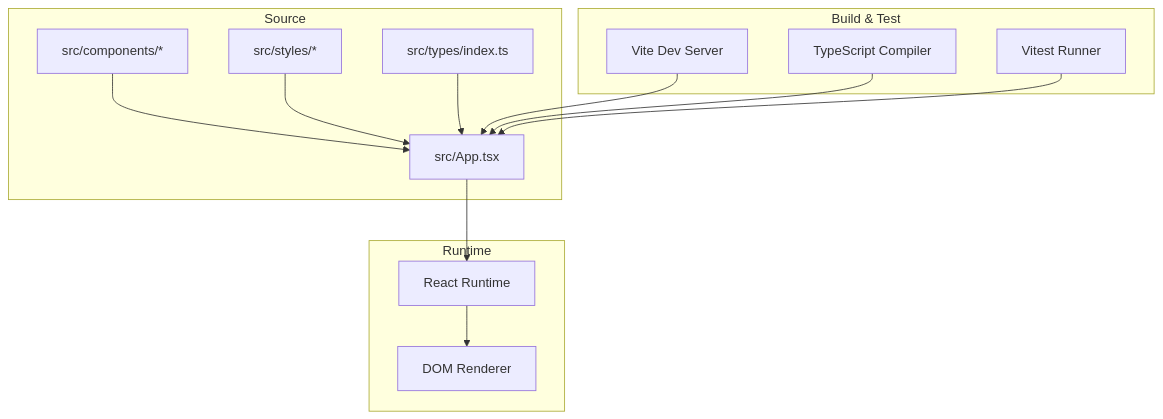
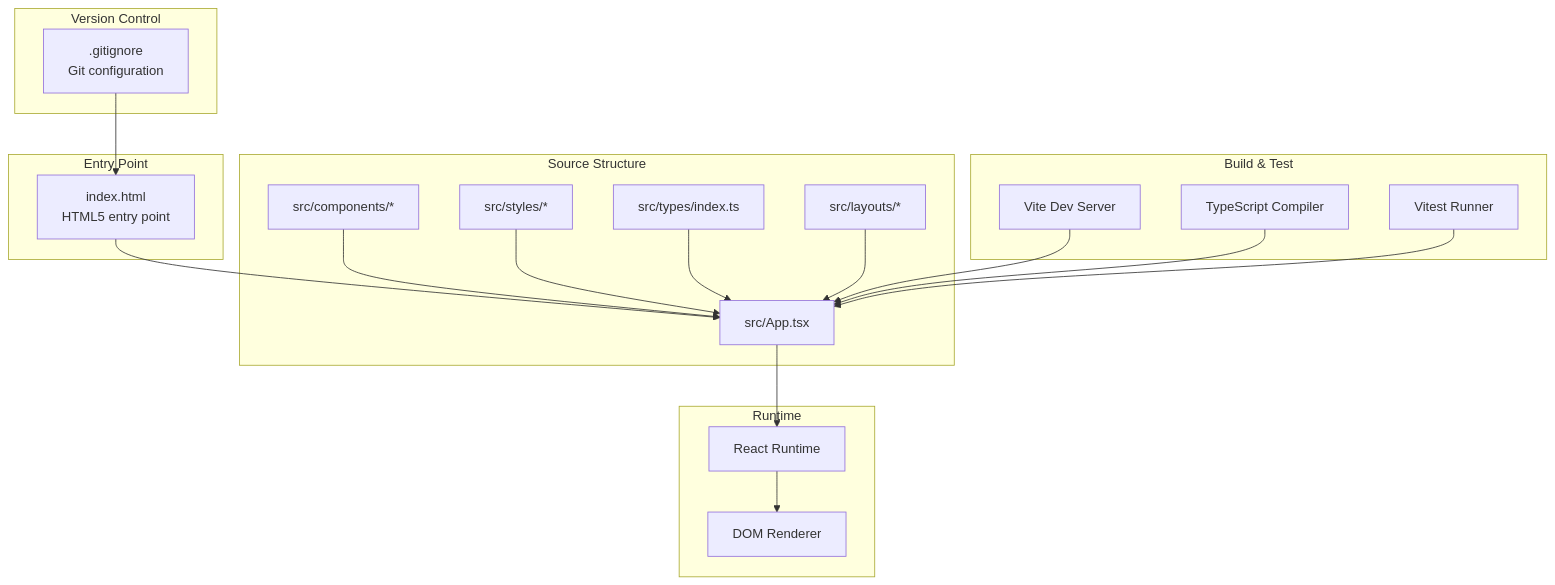
The second of 4 diagrams in .qoder/repowiki/en/content/Getting Started.md (srustivd940-star/design-system), drawn with Mermaid before and after one commit. The commit also changed other lines of this file and 1 other file, not shown here.

````diff
--- a/.qoder/repowiki/en/content/Getting Started.md
+++ b/.qoder/repowiki/en/content/Getting Started.md
@@ -99,26 +134,36 @@
 ```mermaid
 graph TB
+subgraph "Version Control"
+VC1[".gitignore<br/>Git configuration"]
+end
+subgraph "Entry Point"
+EP1["index.html<br/>HTML5 entry point"]
+end
 subgraph "Runtime"
 R1["React Runtime"]
 R2["DOM Renderer"]
 end
 subgraph "Build & Test"
 B1["Vite Dev Server"]
 B2["TypeScript Compiler"]
 T1["Vitest Runner"]
 end
-subgraph "Source"
+subgraph "Source Structure"
 S1["src/App.tsx"]
 S2["src/components/*"]
 S3["src/styles/*"]
 S4["src/types/index.ts"]
+S5["src/layouts/*"]
 end
+VC1 --> EP1
+EP1 --> S1
 S1 --> R1
 R1 --> R2
 S2 --> S1
 S3 --> S1
 S4 --> S1
+S5 --> S1
 B1 --> S1
 B2 --> S1
 T1 --> S1
 ```
````
